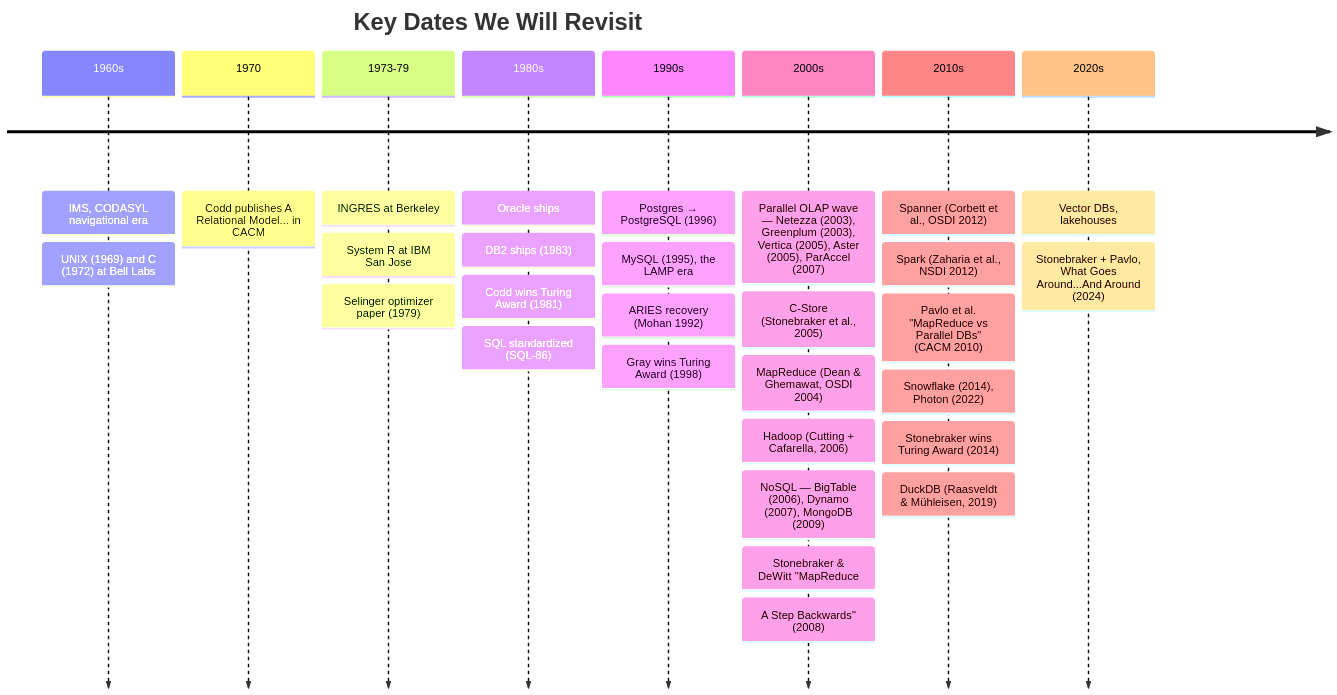
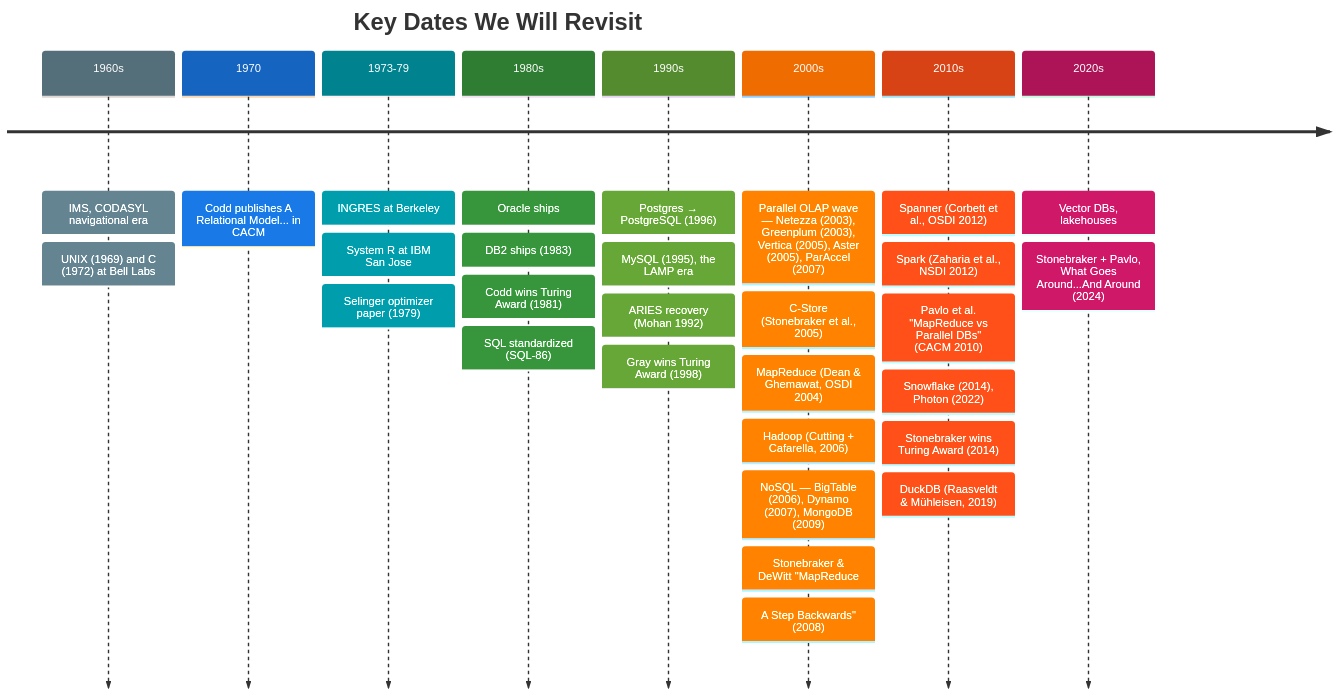
Before and after one commit to ufdatastudio/cop5725fa26: the third of 20 diagrams in lecture-outlines/day2-database-history/slides.md, drawn with Mermaid. The commit also changed 4 other files, not shown here.

First line of the commit message:
docs: revise day 1 deck and color the history timelines

````diff
--- a/lecture-outlines/day2-database-history/slides.md
+++ b/lecture-outlines/day2-database-history/slides.md
@@ -84,32 +84,42 @@
 ```mermaid
+%%{init: {'theme':'base', 'themeVariables': {
+  'cScale0':'#546e7a', 'cScaleLabel0':'#ffffff',
+  'cScale1':'#1565c0', 'cScaleLabel1':'#ffffff',
+  'cScale2':'#00838f', 'cScaleLabel2':'#ffffff',
+  'cScale3':'#2e7d32', 'cScaleLabel3':'#ffffff',
+  'cScale4':'#558b2f', 'cScaleLabel4':'#ffffff',
+  'cScale5':'#ef6c00', 'cScaleLabel5':'#ffffff',
+  'cScale6':'#d84315', 'cScaleLabel6':'#ffffff',
+  'cScale7':'#ad1457', 'cScaleLabel7':'#ffffff'
+}}}%%
 timeline
   title Key Dates We Will Revisit
   1960s : IMS, CODASYL navigational era
         : UNIX (1969) and C (1972) at Bell Labs
   1970 : Codd publishes A Relational Model... in CACM
   1973-79 : INGRES at Berkeley
           : System R at IBM San Jose
           : Selinger optimizer paper (1979)
   1980s : Oracle ships
         : DB2 ships (1983)
         : Codd wins Turing Award (1981)
         : SQL standardized (SQL-86)
   1990s : Postgres → PostgreSQL (1996)
         : MySQL (1995), the LAMP era
         : ARIES recovery (Mohan 1992)
         : Gray wins Turing Award (1998)
   2000s : Parallel OLAP wave — Netezza (2003), Greenplum (2003), Vertica (2005), Aster (2005), ParAccel (2007)
         : C-Store (Stonebraker et al., 2005)
         : MapReduce (Dean & Ghemawat, OSDI 2004)
         : Hadoop (Cutting + Cafarella, 2006)
         : NoSQL — BigTable (2006), Dynamo (2007), MongoDB (2009)
         : Stonebraker & DeWitt "MapReduce: A Step Backwards" (2008)
   2010s : Spanner (Corbett et al., OSDI 2012)
         : Spark (Zaharia et al., NSDI 2012)
         : Pavlo et al. "MapReduce vs Parallel DBs" (CACM 2010)
         : Snowflake (2014), Photon (2022)
         : Stonebraker wins Turing Award (2014)
         : DuckDB (Raasveldt & Mühleisen, 2019)
   2020s : Vector DBs, lakehouses
         : Stonebraker + Pavlo, What Goes Around...And Around (2024)
 ```
````
